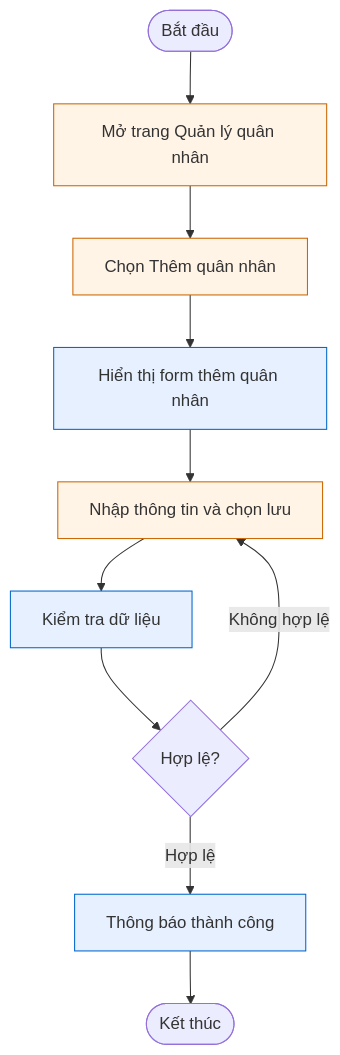
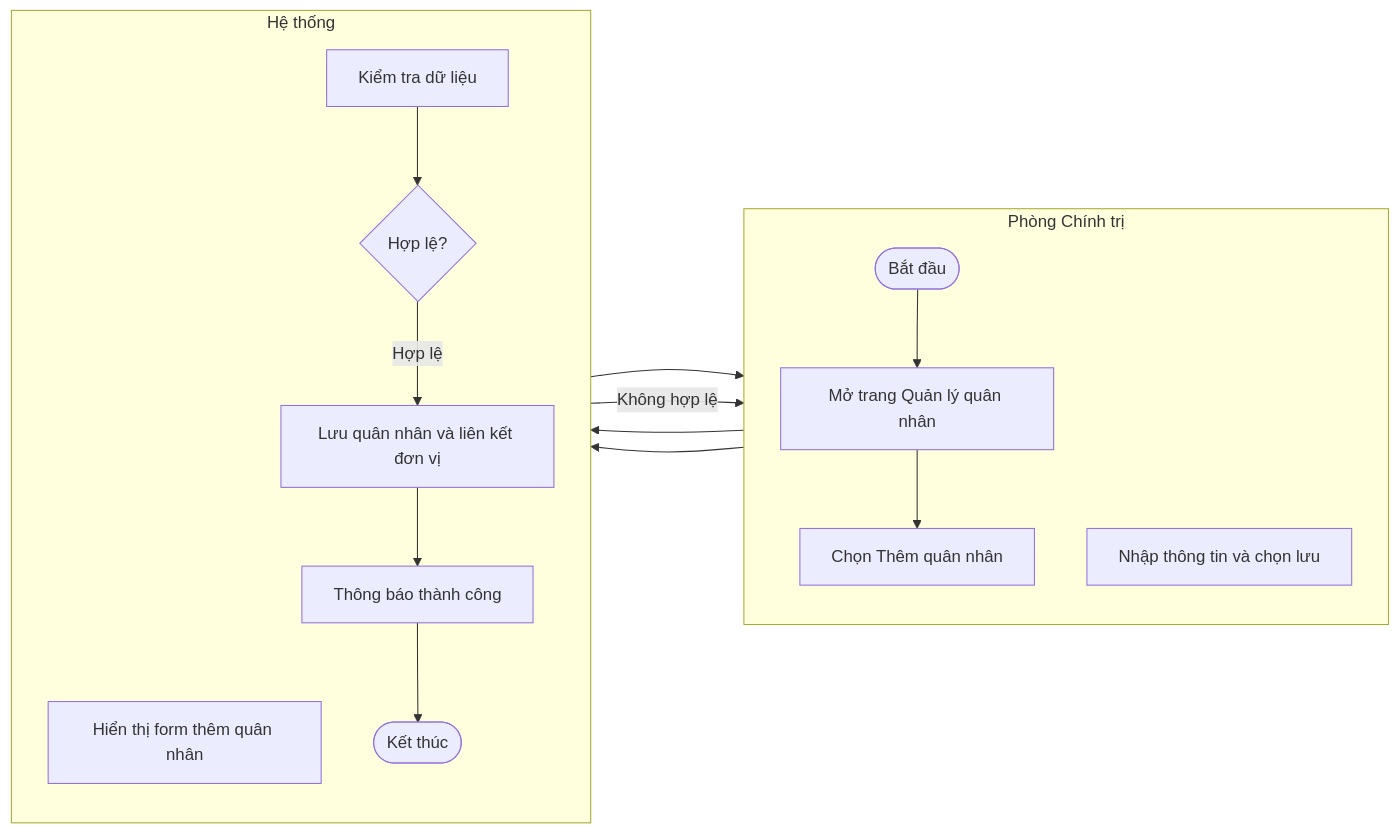
Before and after one commit to tranducbk/DATN_PM_QLKT: the second of 8 diagrams in docs/diagrams/02-activity.md, drawn with Mermaid. The commit also changed other lines of this file and 29 other files, not shown here.

First line of the commit message:
Update CLAUDE.md with additional validation rules and introduce new database schema

````diff
--- a/docs/diagrams/02-activity.md
+++ b/docs/diagrams/02-activity.md
@@ -37,21 +36,23 @@
 ```mermaid
-flowchart TD
-    Start([Bắt đầu])
-    A1[Mở trang Quản lý quân nhân]
-    A2[Chọn Thêm quân nhân]
-    S1[Hiển thị form thêm quân nhân]
-    A3[Nhập thông tin và chọn lưu]
-    S2[Kiểm tra dữ liệu]
-    D1{Hợp lệ?}
-    S3[Thông báo thành công]
-    End([Kết thúc])
+flowchart LR
+    subgraph PCT["Phòng Chính trị"]
+        direction TB
+        Start([Bắt đầu])
+        A1[Mở trang Quản lý quân nhân]
+        A2[Chọn Thêm quân nhân]
+        A3[Nhập thông tin và chọn lưu]
+    end
+    subgraph HeTHong["Hệ thống"]
+        direction TB
+        S1[Hiển thị form thêm quân nhân]
+        S2[Kiểm tra dữ liệu]
+        D1{Hợp lệ?}
+        S3[Lưu quân nhân và liên kết đơn vị]
+        S4[Thông báo thành công]
+        End([Kết thúc])
+    end
 
     Start --> A1 --> A2 --> S1 --> A3 --> S2 --> D1
     D1 -- Không hợp lệ --> A3
-    D1 -- Hợp lệ --> S3 --> End
-
-    classDef actor fill:#fff4e6,stroke:#cc6600
-    classDef system fill:#e6f0ff,stroke:#0066cc
-    class A1,A2,A3 actor
-    class S1,S2,S3 system
+    D1 -- Hợp lệ --> S3 --> S4 --> End
 ```
````
